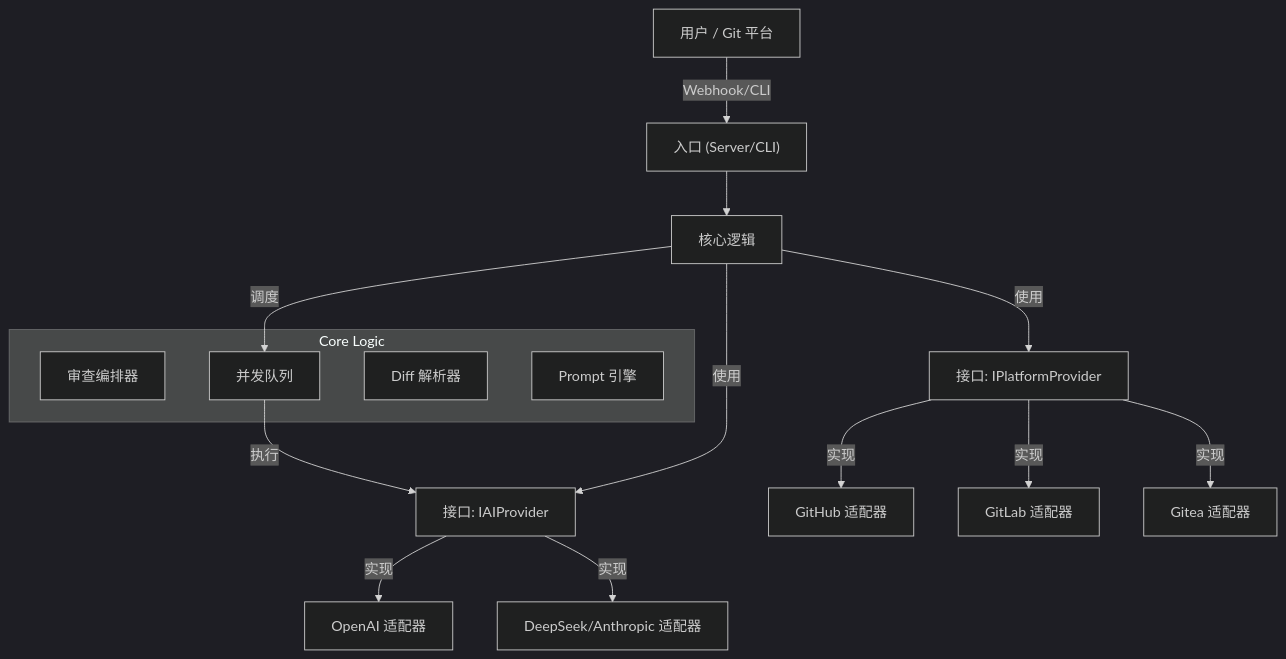
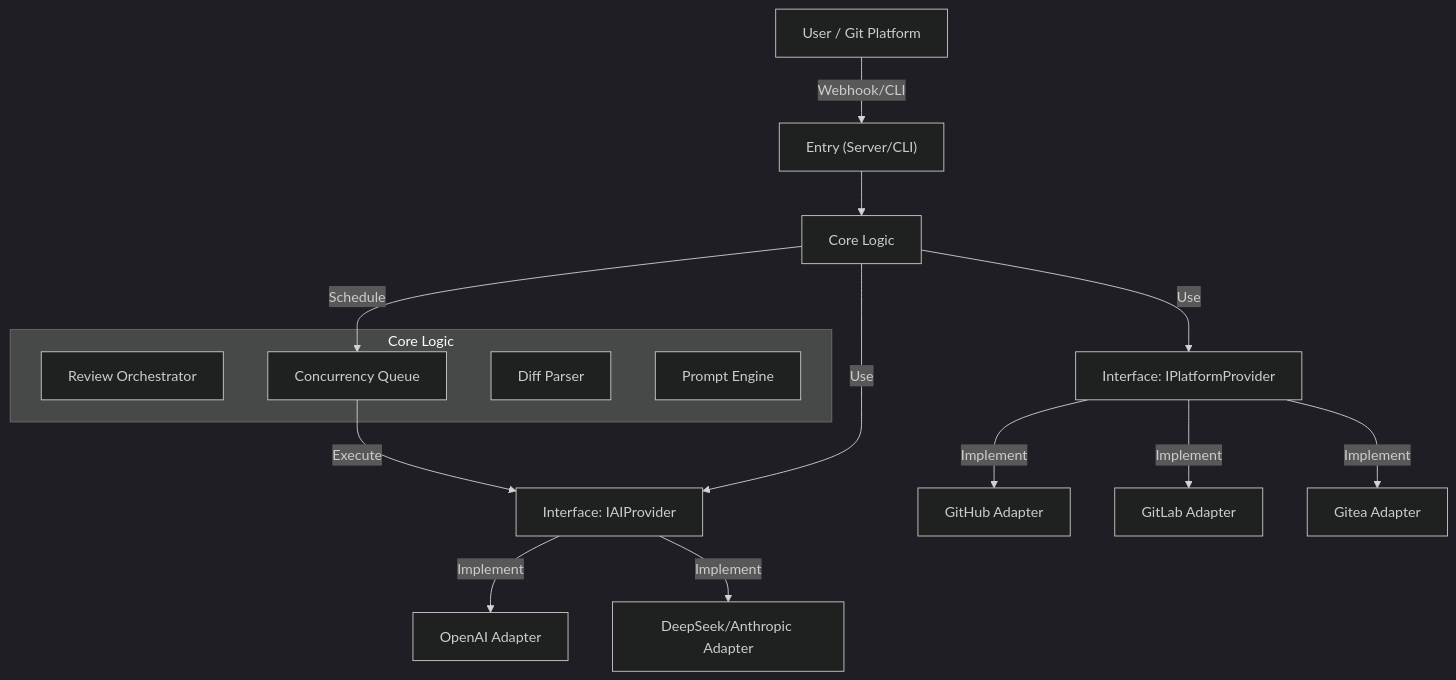
One commit to rideWind97/ai-code-reviewer changed the diagram in docs/ARCHITECTURE.md. Above: the diagram before and after it, drawn with Mermaid (dark theme).

Commit message:
fix: 英文文档显示

````diff
--- a/docs/ARCHITECTURE.md
+++ b/docs/ARCHITECTURE.md
@@ -23,25 +23,25 @@
 ```mermaid
 graph TD
-    User["用户 / Git 平台"] -->|Webhook/CLI| Entry["入口 (Server/CLI)"]
-    Entry --> Core["核心逻辑"]
+    User["User / Git Platform"] -->|Webhook/CLI| Entry["Entry (Server/CLI)"]
+    Entry --> Core["Core Logic"]
 
     subgraph Core Logic
-        Orchestrator["审查编排器"]
-        Queue["并发队列"]
-        DiffParser["Diff 解析器"]
-        PromptEng["Prompt 引擎"]
+        Orchestrator["Review Orchestrator"]
+        Queue["Concurrency Queue"]
+        DiffParser["Diff Parser"]
+        PromptEng["Prompt Engine"]
     end
 
-    Core -->|调度| Queue
-    Queue -->|执行| IAI
+    Core -->|Schedule| Queue
+    Queue -->|Execute| IAI
 
-    Core -->|使用| IPlatform["接口: IPlatformProvider"]
-    Core -->|使用| IAI["接口: IAIProvider"]
+    Core -->|Use| IPlatform["Interface: IPlatformProvider"]
+    Core -->|Use| IAI["Interface: IAIProvider"]
 
-    IPlatform -->|实现| GitHub["GitHub 适配器"]
-    IPlatform -->|实现| GitLab["GitLab 适配器"]
-    IPlatform -->|实现| Gitea["Gitea 适配器"]
+    IPlatform -->|Implement| GitHub["GitHub Adapter"]
+    IPlatform -->|Implement| GitLab["GitLab Adapter"]
+    IPlatform -->|Implement| Gitea["Gitea Adapter"]
 
-    IAI -->|实现| OpenAI["OpenAI 适配器"]
-    IAI -->|实现| OtherAI["DeepSeek/Anthropic 适配器"]
+    IAI -->|Implement| OpenAI["OpenAI Adapter"]
+    IAI -->|Implement| OtherAI["DeepSeek/Anthropic Adapter"]
 ```
````
